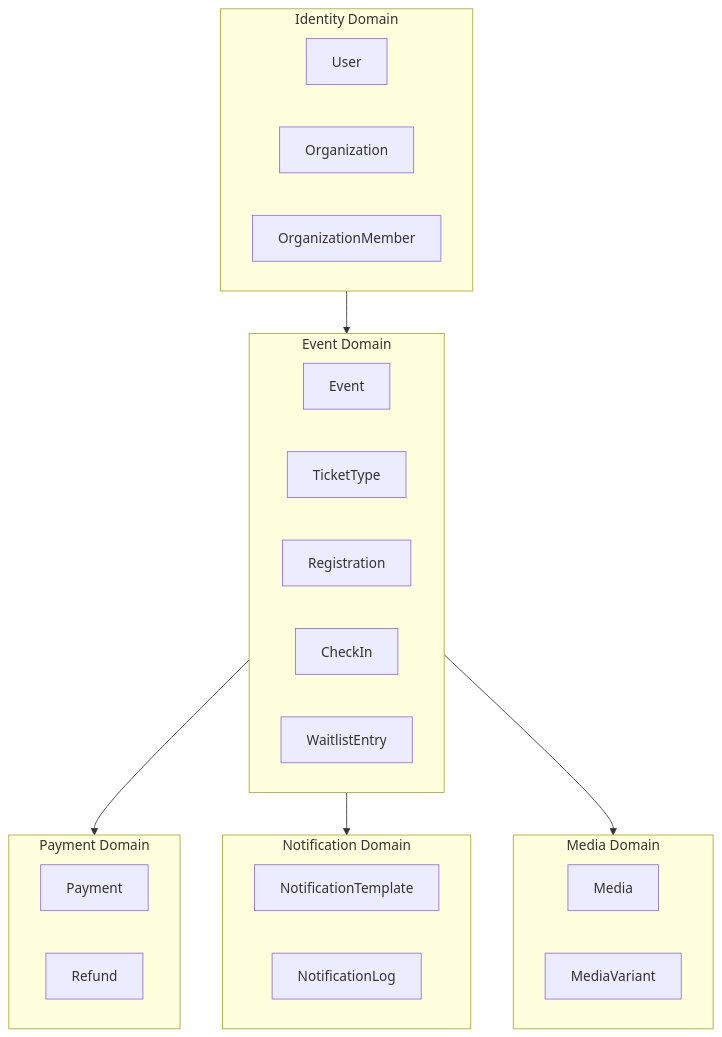
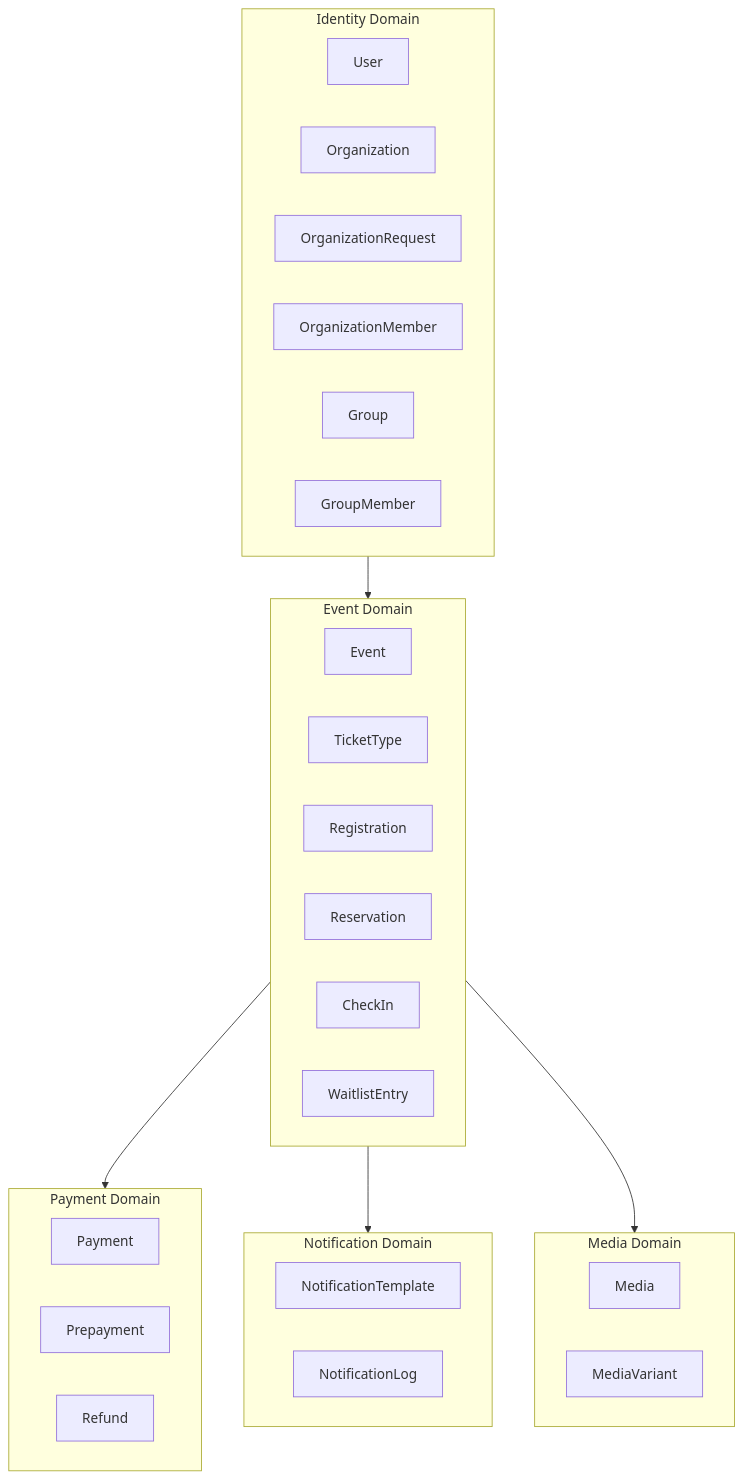
One commit to egorov-ma/aqstream changed the first of 23 diagrams in docs/data/domain-model.md. Above: the diagram before and after it, drawn with Mermaid. The commit also changed other lines of this file and 47 other files, not shown here.

````diff
--- a/docs/data/domain-model.md
+++ b/docs/data/domain-model.md
@@ -7,36 +7,41 @@
 ```mermaid
 flowchart TB
     subgraph Identity["Identity Domain"]
         User["User"]
         Organization["Organization"]
+        OrgRequest["OrganizationRequest"]
         Member["OrganizationMember"]
+        Group["Group"]
+        GroupMember["GroupMember"]
     end
     
     subgraph Event["Event Domain"]
         Evt["Event"]
         TicketType["TicketType"]
         Registration["Registration"]
+        Reservation["Reservation"]
         CheckIn["CheckIn"]
         Waitlist["WaitlistEntry"]
     end
     
     subgraph Payment["Payment Domain"]
         Pay["Payment"]
+        Prepay["Prepayment"]
         Refund["Refund"]
     end
     
     subgraph Notification["Notification Domain"]
         Template["NotificationTemplate"]
         NotifLog["NotificationLog"]
     end
     
     subgraph Media["Media Domain"]
         Med["Media"]
         Variant["MediaVariant"]
     end
     
     Identity --> Event
     Event --> Payment
     Event --> Notification
     Event --> Media
 ```
````
